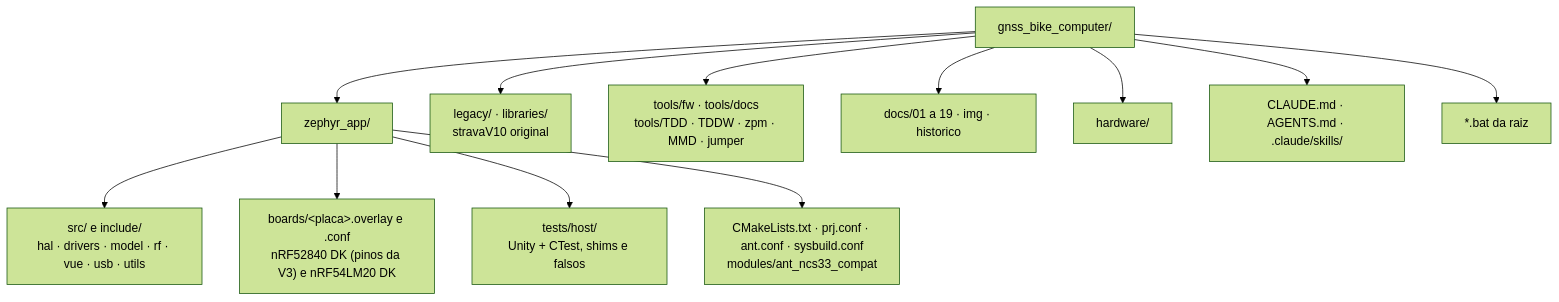
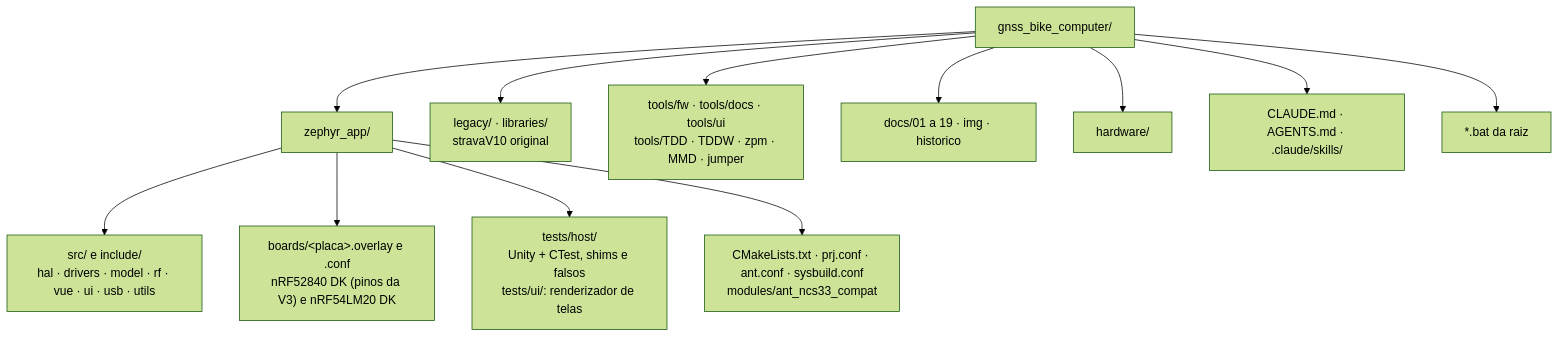
The first of 2 diagrams in CLAUDE.md (Guiimartinho/gnss-bike-computer), drawn with Mermaid (forest theme) before and after one commit. The commit also changed other lines of this file and 63 other files, not shown here.

````diff
--- a/CLAUDE.md
+++ b/CLAUDE.md
@@ -58,15 +58,15 @@
 ```mermaid
 flowchart TB
     ROOT["gnss_bike_computer/"]
     ROOT --> ZA["zephyr_app/"]
-    ZA --> ZS["src/ e include/<br/>hal · drivers · model · rf · vue · usb · utils"]
+    ZA --> ZS["src/ e include/<br/>hal · drivers · model · rf · vue · ui · usb · utils"]
     ZA --> ZB["boards/&lt;placa&gt;.overlay e .conf<br/>nRF52840 DK (pinos da V3) e nRF54LM20 DK"]
-    ZA --> ZT["tests/host/<br/>Unity + CTest, shims e falsos"]
+    ZA --> ZT["tests/host/<br/>Unity + CTest, shims e falsos<br/>tests/ui/: renderizador de telas"]
     ZA --> ZC["CMakeLists.txt · prj.conf · ant.conf · sysbuild.conf<br/>modules/ant_ncs33_compat"]
     ROOT --> LEG["legacy/ · libraries/<br/>stravaV10 original"]
-    ROOT --> TOOLS["tools/fw · tools/docs<br/>tools/TDD · TDDW · zpm · MMD · jumper"]
+    ROOT --> TOOLS["tools/fw · tools/docs · tools/ui<br/>tools/TDD · TDDW · zpm · MMD · jumper"]
     ROOT --> DOCS["docs/01 a 19 · img · historico"]
     ROOT --> HW["hardware/"]
     ROOT --> AI["CLAUDE.md · AGENTS.md · .claude/skills/"]
     ROOT --> BAT["*.bat da raiz"]
 ```
````
